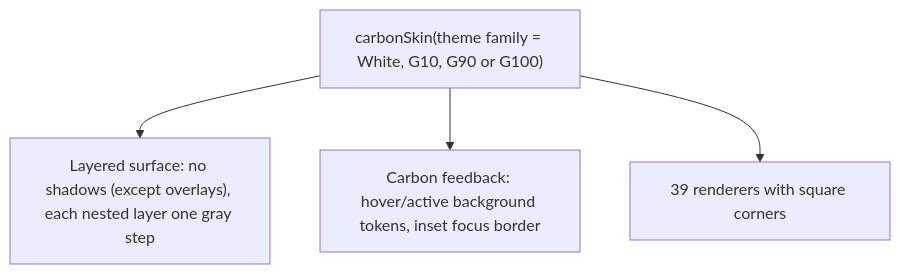
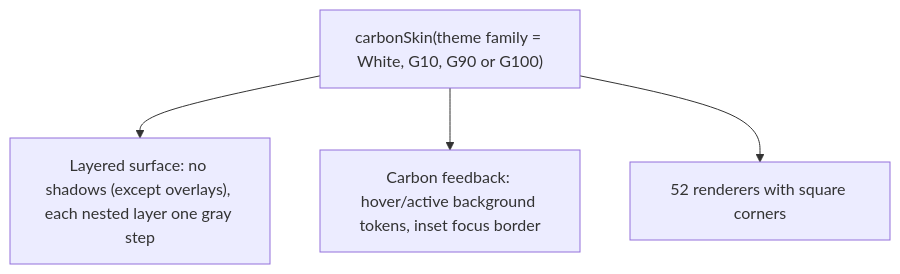
One commit to srctool/camouflage changed the first of 3 diagrams in docs/internal/development/guide/04-skins/05-carbon-skin.mdx. Above: the diagram before and after it, drawn with Mermaid. The commit also changed other lines of this file, not shown here.

````diff
--- a/docs/internal/development/guide/04-skins/05-carbon-skin.mdx
+++ b/docs/internal/development/guide/04-skins/05-carbon-skin.mdx
@@ -24,6 +26,6 @@
 ```mermaid
 flowchart TB
     CB["carbonSkin(theme family = White, G10, G90 or G100)"] --> Lay["Layered surface: no shadows (except overlays), each nested layer one gray step"]
     CB --> Fb["Carbon feedback: hover/active background tokens, inset focus border"]
-    CB --> Rs["39 renderers with square corners"]
+    CB --> Rs["52 renderers with square corners"]
 ```
````
